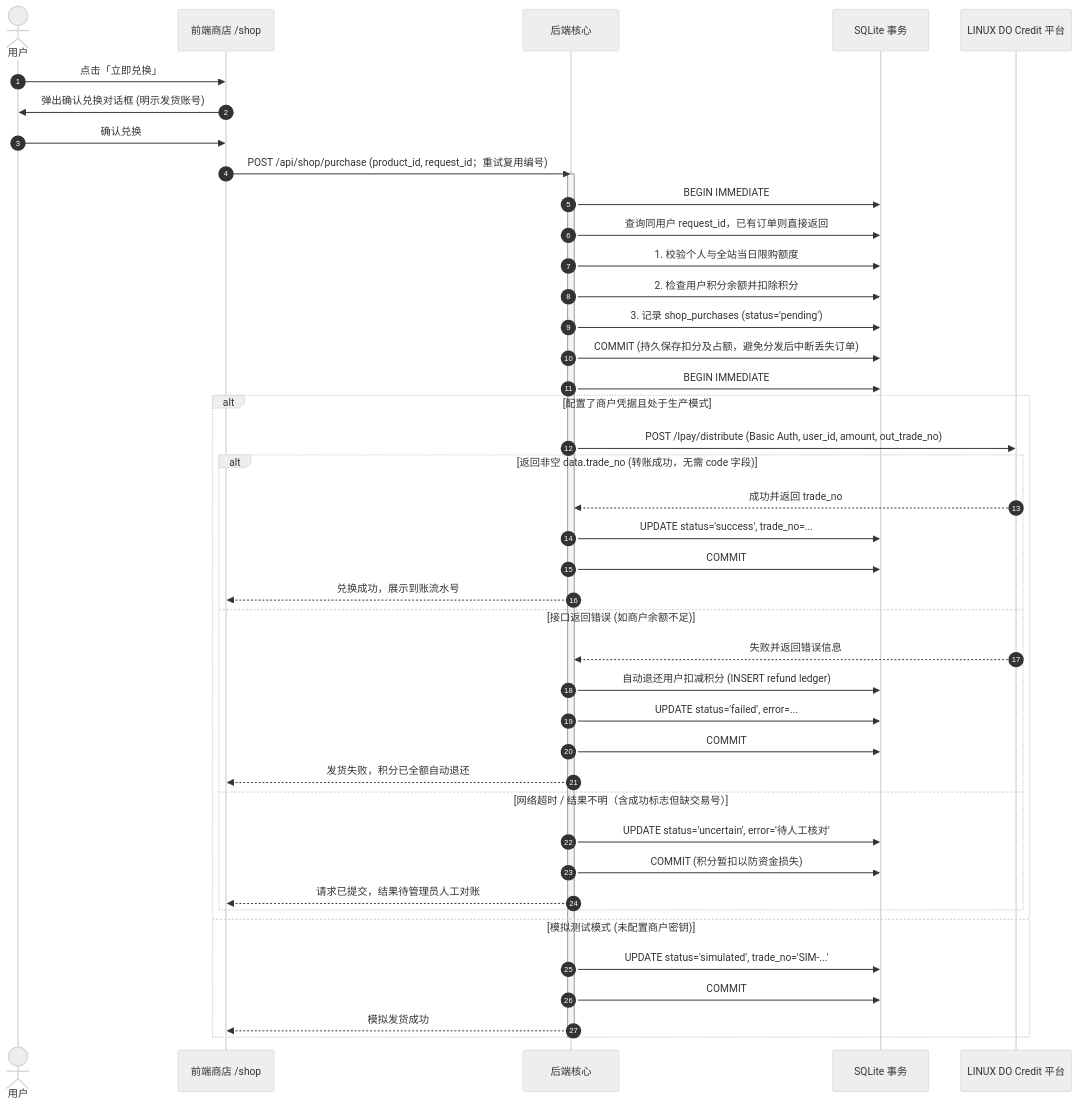
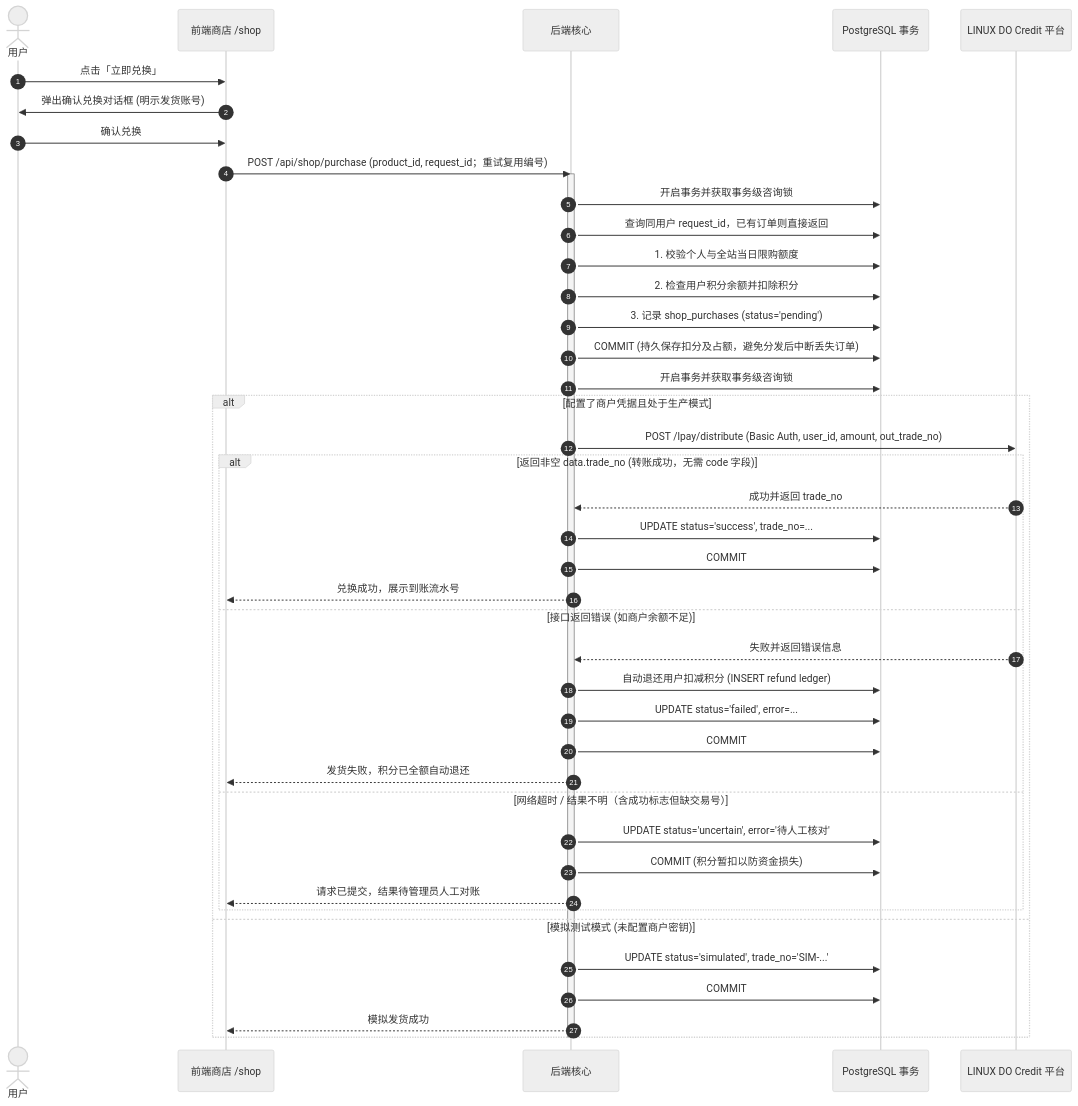
One commit to yintian710/Kegel changed the diagram in docs/features.md. Above: the diagram before and after it, drawn with Mermaid (neutral theme). The commit also changed other lines of this file and 120 other files, not shown here.

Commit message:
refactor: migrate to FastAPI and Vue architecture

````diff
--- a/docs/features.md
+++ b/docs/features.md
@@ -72,48 +72,48 @@
 ```mermaid
 sequenceDiagram
     autonumber
     actor User as 用户
     participant Shop as 前端商店 /shop
     participant Backend as 后端核心
-    participant DB as SQLite 事务
+    participant DB as PostgreSQL 事务
     participant LDC as LINUX DO Credit 平台
 
     User->>Shop: 点击「立即兑换」
     Shop->>User: 弹出确认兑换对话框 (明示发货账号)
     User->>Shop: 确认兑换
     Shop->>Backend: POST /api/shop/purchase (product_id, request_id；重试复用编号)
     
     activate Backend
-    Backend->>DB: BEGIN IMMEDIATE
+    Backend->>DB: 开启事务并获取事务级咨询锁
     Backend->>DB: 查询同用户 request_id，已有订单则直接返回
     Backend->>DB: 1. 校验个人与全站当日限购额度
     Backend->>DB: 2. 检查用户积分余额并扣除积分
     Backend->>DB: 3. 记录 shop_purchases (status='pending')
     Backend->>DB: COMMIT (持久保存扣分及占额，避免分发后中断丢失订单)
-    Backend->>DB: BEGIN IMMEDIATE
+    Backend->>DB: 开启事务并获取事务级咨询锁
     
     alt 配置了商户凭据且处于生产模式
         Backend->>LDC: POST /lpay/distribute (Basic Auth, user_id, amount, out_trade_no)
         alt 返回非空 data.trade_no (转账成功，无需 code 字段)
             LDC-->>Backend: 成功并返回 trade_no
             Backend->>DB: UPDATE status='success', trade_no=...
             Backend->>DB: COMMIT
             Backend-->>Shop: 兑换成功，展示到账流水号
         else 接口返回错误 (如商户余额不足)
             LDC-->>Backend: 失败并返回错误信息
             Backend->>DB: 自动退还用户扣减积分 (INSERT refund ledger)
             Backend->>DB: UPDATE status='failed', error=...
             Backend->>DB: COMMIT
             Backend-->>Shop: 发货失败，积分已全额自动退还
         else 网络超时 / 结果不明（含成功标志但缺交易号）
             Backend->>DB: UPDATE status='uncertain', error='待人工核对'
             Backend->>DB: COMMIT (积分暂扣以防资金损失)
             Backend-->>Shop: 请求已提交，结果待管理员人工对账
         end
     else 模拟测试模式 (未配置商户密钥)
         Backend->>DB: UPDATE status='simulated', trade_no='SIM-...'
         Backend->>DB: COMMIT
         Backend-->>Shop: 模拟发货成功
     end
     deactivate Backend
 ```
````
